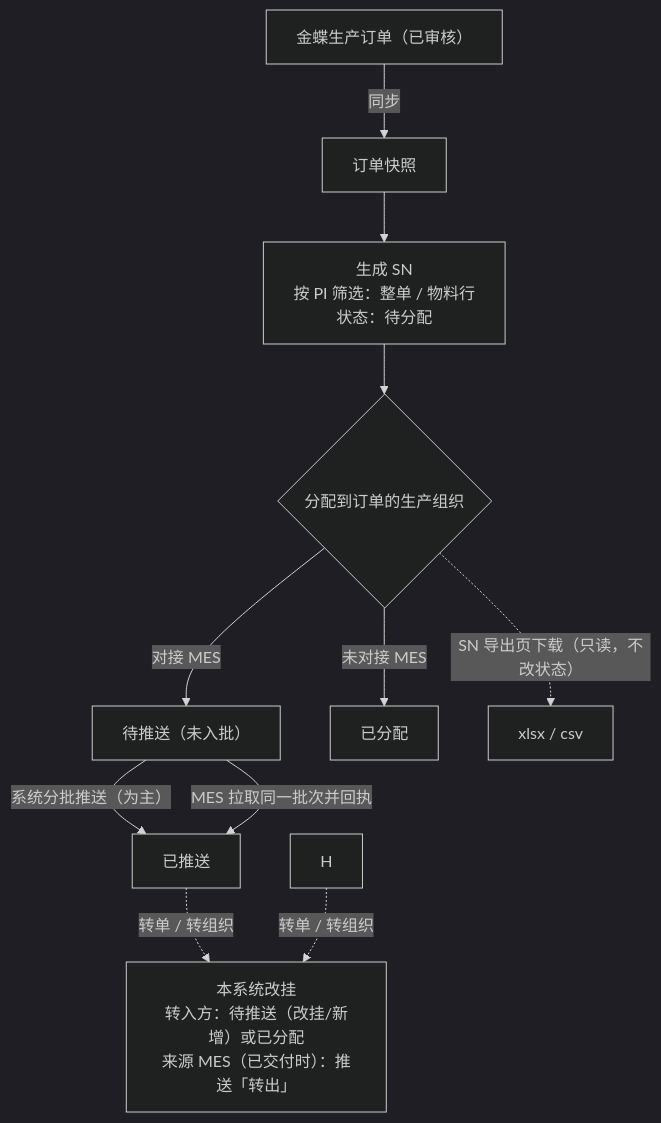
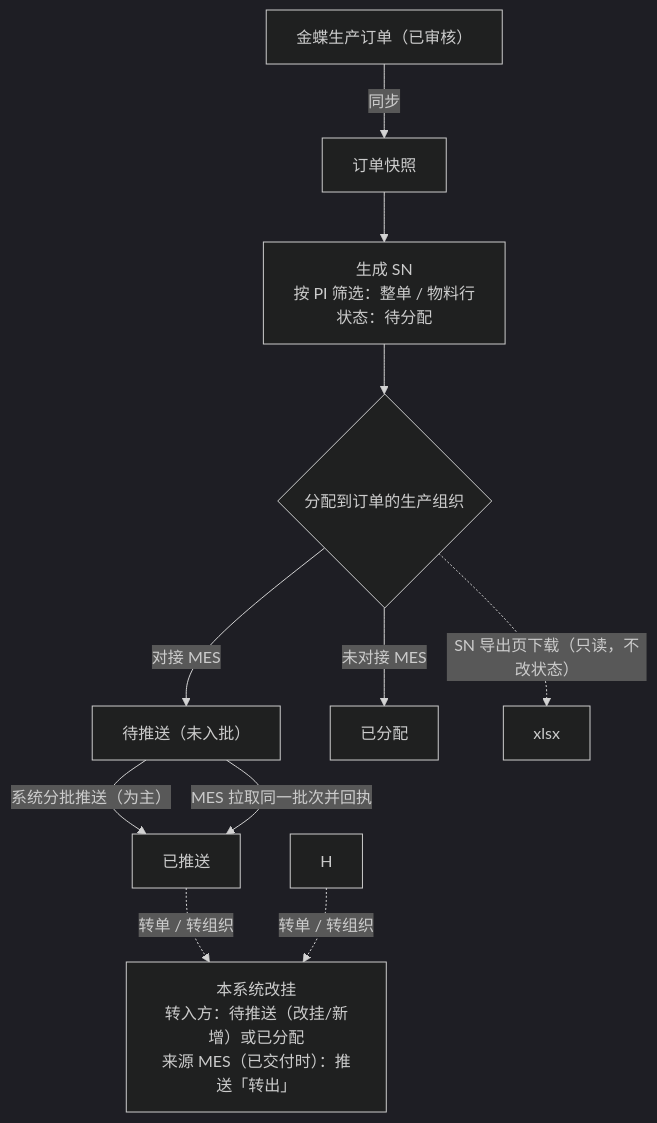
Before and after one commit to Createsnow/sn-center: the diagram in docs/SN 防重管控产品需求文档PRD.md, drawn with Mermaid (dark theme). The commit also changed other lines of this file and 38 other files, not shown here.

````diff
--- a/docs/SN 防重管控产品需求文档PRD.md
+++ b/docs/SN 防重管控产品需求文档PRD.md
@@ -102,13 +102,13 @@
 ```mermaid
 flowchart TD
   A[金蝶生产订单（已审核）] -->|同步| B[订单快照]
   B --> C["生成 SN<br/>按 PI 筛选：整单 / 物料行<br/>状态：待分配"]
   C --> D{分配到订单的生产组织}
   D -->|对接 MES| E["待推送（未入批）"]
   D -->|未对接 MES| F[已分配]
   E -->|系统分批推送（为主）| G[已推送]
   E -->|MES 拉取同一批次并回执| G
-  D -.->|SN 导出页下载（只读，不改状态）| X["xlsx / csv"]
+  D -.->|SN 导出页下载（只读，不改状态）| X["xlsx"]
   G -.->|转单 / 转组织| T["本系统改挂<br/>转入方：待推送（改挂/新增）或已分配<br/>来源 MES（已交付时）：推送「转出」"]
   H -.->|转单 / 转组织| T
 ```
````
